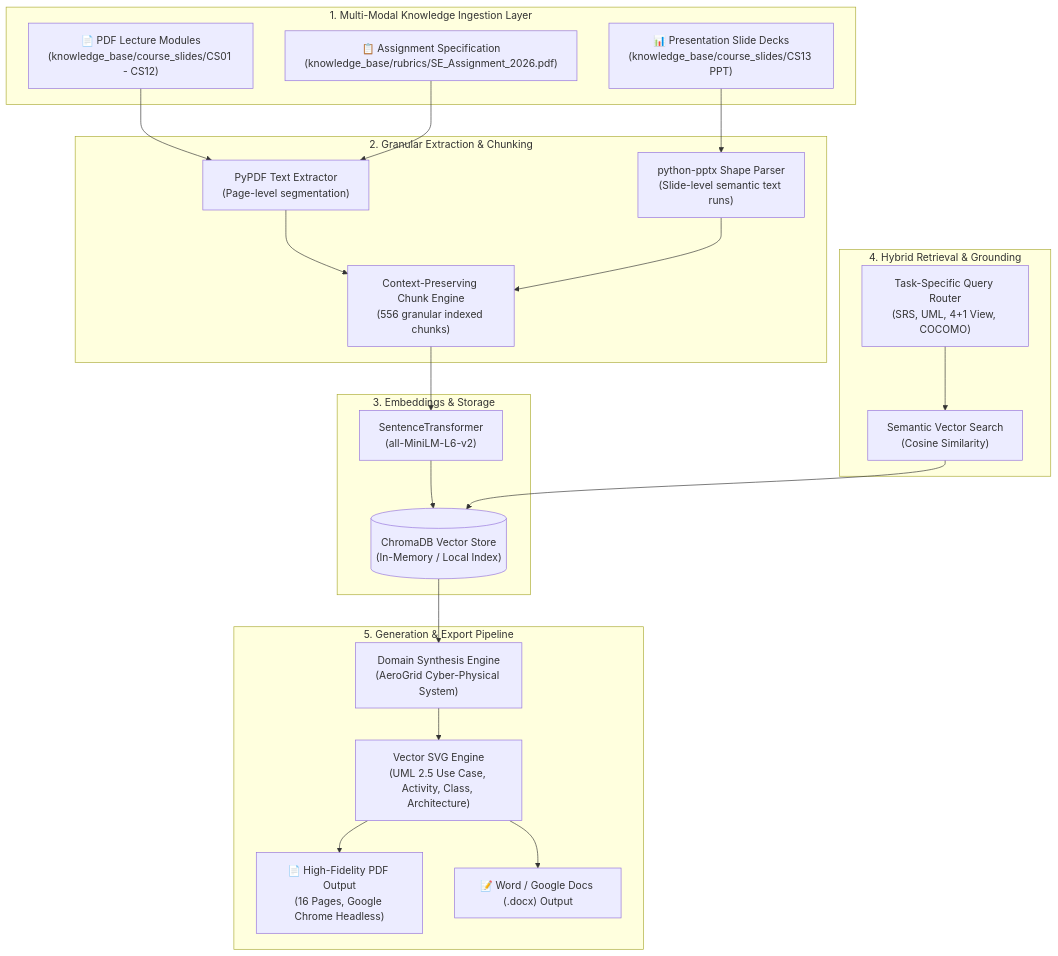
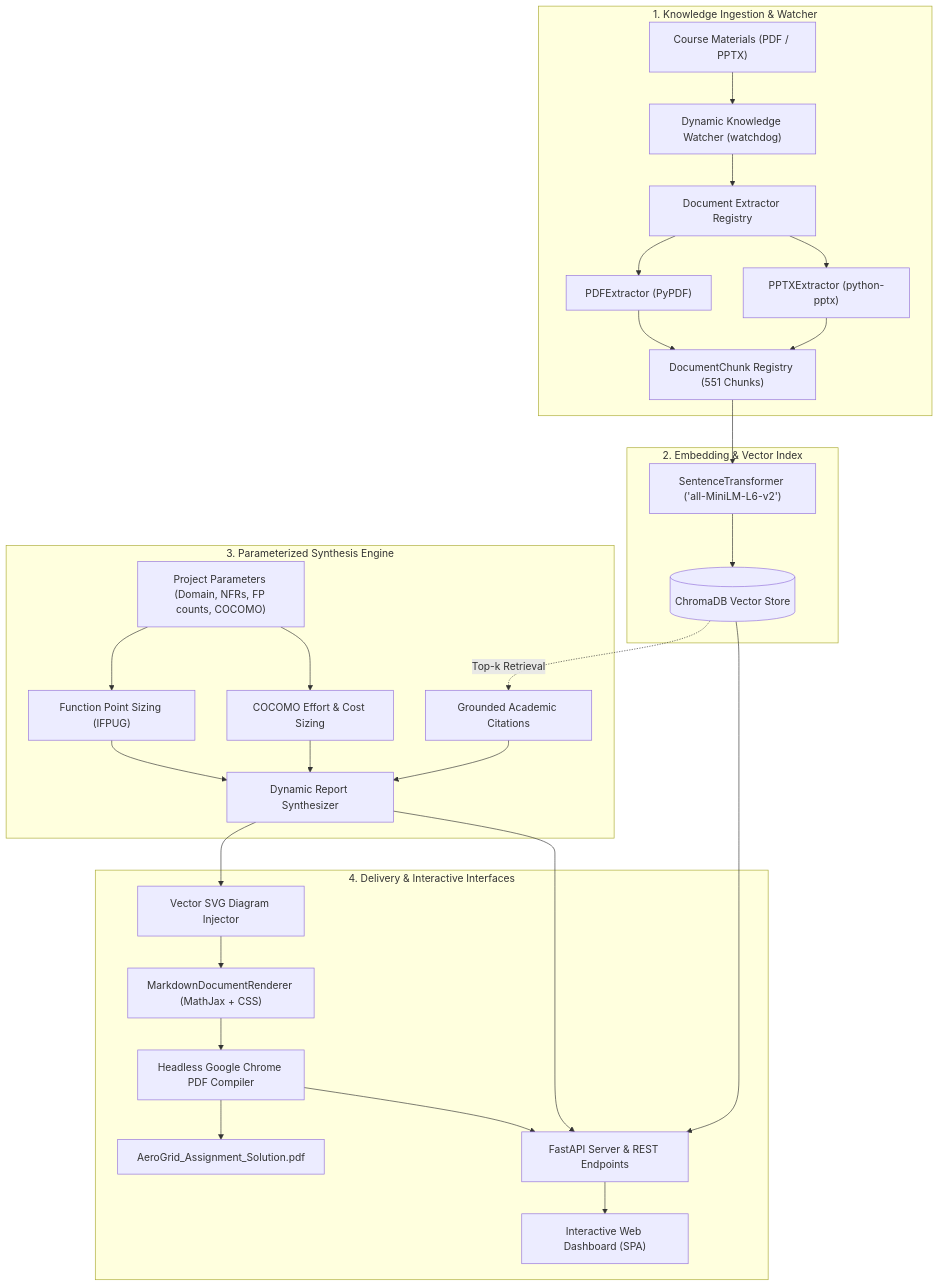
One commit to Arabindaksha-Mishra/academic-rag-synthesis-engine changed the diagram in README.md. Above: the diagram before and after it, drawn with Mermaid. The commit also changed other lines of this file and 10 other files, not shown here.

Commit message:
docs: rewrite README, RAG architecture, and mentor guide with dynamic engine specs

````diff
--- a/README.md
+++ b/README.md
@@ -14,45 +45,32 @@
 ```mermaid
 flowchart TD
-    subgraph Ingestion ["1. Multi-Modal Knowledge Ingestion Layer"]
-        PDF["📄 PDF Lecture Modules\n(knowledge_base/course_slides/CS01 - CS12)"]
-        PPT["📊 Presentation Slide Decks\n(knowledge_base/course_slides/CS13 PPT)"]
-        SPEC["📋 Assignment Specification\n(knowledge_base/rubrics/SE_Assignment_2026.pdf)"]
+    subgraph IngestionLayer ["1. Knowledge Ingestion & Watcher"]
+        KB["Course Materials (PDF / PPTX)"] --> Watcher["Dynamic Knowledge Watcher (watchdog)"]
+        Watcher --> Registry["Document Extractor Registry"]
+        Registry --> PDFExt["PDFExtractor (PyPDF)"]
+        Registry --> PPTXExt["PPTXExtractor (python-pptx)"]
+        PDFExt & PPTXExt --> Chunks["DocumentChunk Registry (551 Chunks)"]
     end
 
-    subgraph Parsing ["2. Granular Extraction & Chunking"]
-        EXT_PDF["PyPDF Text Extractor\n(Page-level segmentation)"]
-        EXT_PPT["python-pptx Shape Parser\n(Slide-level semantic text runs)"]
-        CHUNK["Context-Preserving Chunk Engine\n(556 granular indexed chunks)"]
+    subgraph VectorStore ["2. Embedding & Vector Index"]
+        Chunks --> Embed["SentenceTransformer ('all-MiniLM-L6-v2')"]
+        Embed --> Chroma[("ChromaDB Vector Store")]
     end
 
-    subgraph Vector_DB ["3. Embeddings & Storage"]
-        EMBED["SentenceTransformer\n(all-MiniLM-L6-v2)"]
-        CHROMA[("ChromaDB Vector Store\n(In-Memory / Local Index)")]
+    subgraph DynamicEngine ["3. Parameterized Synthesis Engine"]
+        UserParams["Project Parameters (Domain, NFRs, FP counts, COCOMO)"] --> FP["Function Point Sizing (IFPUG)"]
+        UserParams --> COCOMO["COCOMO Effort & Cost Sizing"]
+        Chroma -. Top-k Retrieval .-> Context["Grounded Academic Citations"]
+        FP & COCOMO & Context --> MarkdownSynth["Dynamic Report Synthesizer"]
     end
 
-    subgraph Retrieval ["4. Hybrid Retrieval & Grounding"]
-        SEM_SEARCH["Semantic Vector Search\n(Cosine Similarity)"]
-        TASK_QUERY["Task-Specific Query Router\n(SRS, UML, 4+1 View, COCOMO)"]
+    subgraph DeliveryLayer ["4. Delivery & Interactive Interfaces"]
+        MarkdownSynth --> SVGInject["Vector SVG Diagram Injector"]
+        SVGInject --> HTMLRender["MarkdownDocumentRenderer (MathJax + CSS)"]
+        HTMLRender --> ChromePDF["Headless Google Chrome PDF Compiler"]
+        ChromePDF --> PDFDoc["AeroGrid_Assignment_Solution.pdf"]
+        
+        API["FastAPI Server & REST Endpoints"] --> WebUI["Interactive Web Dashboard (SPA)"]
+        Chroma & MarkdownSynth & ChromePDF --> API
     end
-
-    subgraph Synthesis ["5. Generation & Export Pipeline"]
-        SYNTH["Domain Synthesis Engine\n(AeroGrid Cyber-Physical System)"]
-        SVG_GEN["Vector SVG Engine\n(UML 2.5 Use Case, Activity, Class, Architecture)"]
-        PDF_OUT["📄 High-Fidelity PDF Output\n(16 Pages, Google Chrome Headless)"]
-        DOCX_OUT["📝 Word / Google Docs (.docx) Output"]
-    end
-
-    PDF --> EXT_PDF
-    SPEC --> EXT_PDF
-    PPT --> EXT_PPT
-
-    EXT_PDF --> CHUNK
-    EXT_PPT --> CHUNK
-    CHUNK --> EMBED --> CHROMA
-
-    TASK_QUERY --> SEM_SEARCH --> CHROMA
-    CHROMA --> SYNTH
-    SYNTH --> SVG_GEN
-    SVG_GEN --> PDF_OUT
-    SVG_GEN --> DOCX_OUT
 ```
````
